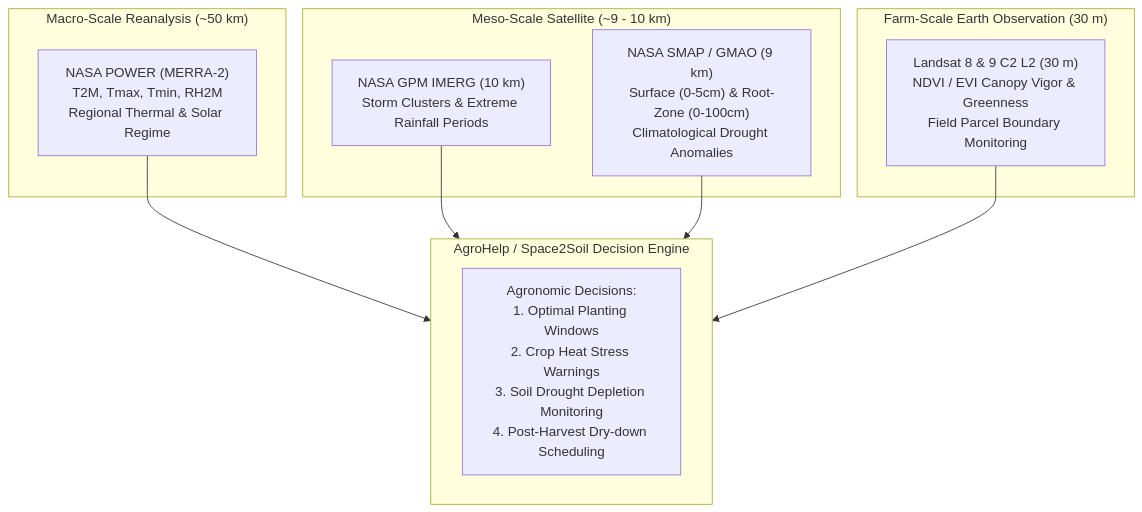
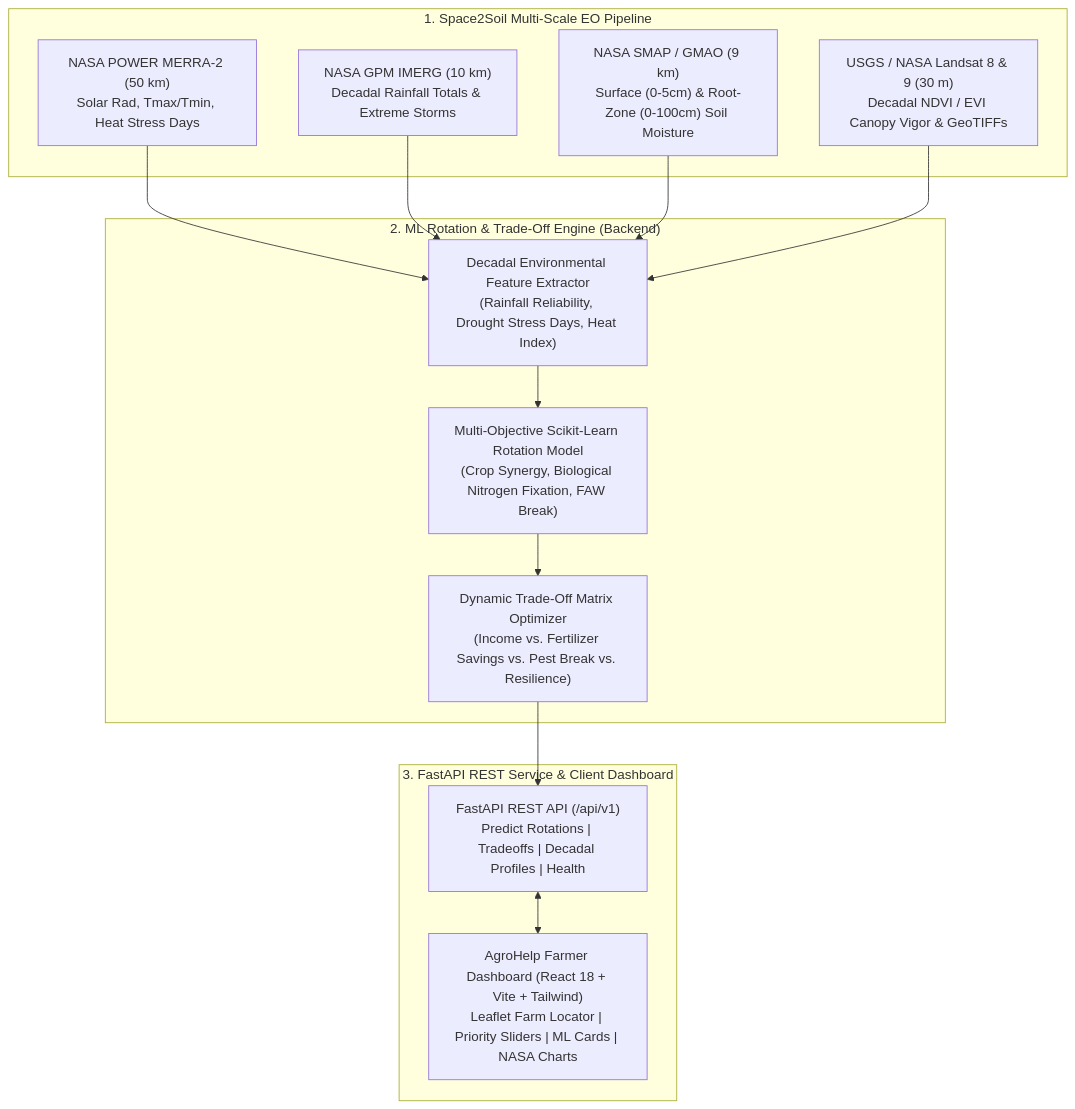
One commit to budlin-obeng/AgroHelp changed the diagram in README.md. Above: the diagram before and after it, drawn with Mermaid. The commit also changed other lines of this file and 47 other files, not shown here.

Commit message:
feat: implement AgroHelp full-stack ML-driven crop rotation platform and frontend dashboard

````diff
--- a/README.md
+++ b/README.md
@@ -24,24 +45,30 @@
 ```mermaid
 flowchart TD
-    subgraph MacroScale["Macro-Scale Reanalysis (~50 km)"]
-        POWER["NASA POWER (MERRA-2)<br/>T2M, Tmax, Tmin, RH2M<br/>Regional Thermal & Solar Regime"]
+    subgraph DataTier["1. Space2Soil Multi-Scale EO Pipeline"]
+        POWER["NASA POWER MERRA-2 (50 km)<br/>Solar Rad, Tmax/Tmin, Heat Stress Days"]
+        GPM["NASA GPM IMERG (10 km)<br/>Decadal Rainfall Totals & Extreme Storms"]
+        SMAP["NASA SMAP / GMAO (9 km)<br/>Surface (0-5cm) & Root-Zone (0-100cm) Soil Moisture"]
+        LANDSAT["USGS / NASA Landsat 8 & 9 (30 m)<br/>Decadal NDVI / EVI Canopy Vigor & GeoTIFFs"]
     end
 
-    subgraph MesoScale["Meso-Scale Satellite (~9 - 10 km)"]
-        GPM["NASA GPM IMERG (10 km)<br/>Storm Clusters & Extreme Rainfall Periods"]
-        SMAP["NASA SMAP / GMAO (9 km)<br/>Surface (0-5cm) & Root-Zone (0-100cm)<br/>Climatological Drought Anomalies"]
+    subgraph MLTier["2. ML Rotation & Trade-Off Engine (Backend)"]
+        FEATURE_ENG["Decadal Environmental Feature Extractor<br/>(Rainfall Reliability, Drought Stress Days, Heat Index)"]
+        ML_MODEL["Multi-Objective Scikit-Learn Rotation Model<br/>(Crop Synergy, Biological Nitrogen Fixation, FAW Break)"]
+        TRADEOFF["Dynamic Trade-Off Matrix Optimizer<br/>(Income vs. Fertilizer Savings vs. Pest Break vs. Resilience)"]
     end
 
-    subgraph FarmScale["Farm-Scale Earth Observation (30 m)"]
-        LANDSAT["Landsat 8 & 9 C2 L2 (30 m)<br/>NDVI / EVI Canopy Vigor & Greenness<br/>Field Parcel Boundary Monitoring"]
+    subgraph ServiceTier["3. FastAPI REST Service & Client Dashboard"]
+        FASTAPI["FastAPI REST API (/api/v1)<br/>Predict Rotations | Tradeoffs | Decadal Profiles | Health"]
+        REACT_UI["AgroHelp Farmer Dashboard (React 18 + Vite + Tailwind)<br/>Leaflet Farm Locator | Priority Sliders | ML Cards | NASA Charts"]
     end
 
-    subgraph DecisionEngine["AgroHelp / Space2Soil Decision Engine"]
-        ADVICE["Agronomic Decisions:<br/>1. Optimal Planting Windows<br/>2. Crop Heat Stress Warnings<br/>3. Soil Drought Depletion Monitoring<br/>4. Post-Harvest Dry-down Scheduling"]
-    end
+    POWER --> FEATURE_ENG
+    GPM --> FEATURE_ENG
+    SMAP --> FEATURE_ENG
+    LANDSAT --> FEATURE_ENG
 
-    POWER --> DecisionEngine
-    GPM --> DecisionEngine
-    SMAP --> DecisionEngine
-    LANDSAT --> DecisionEngine
+    FEATURE_ENG --> ML_MODEL
+    ML_MODEL --> TRADEOFF
+    TRADEOFF --> FASTAPI
+    FASTAPI <--> REACT_UI
 ```
````
